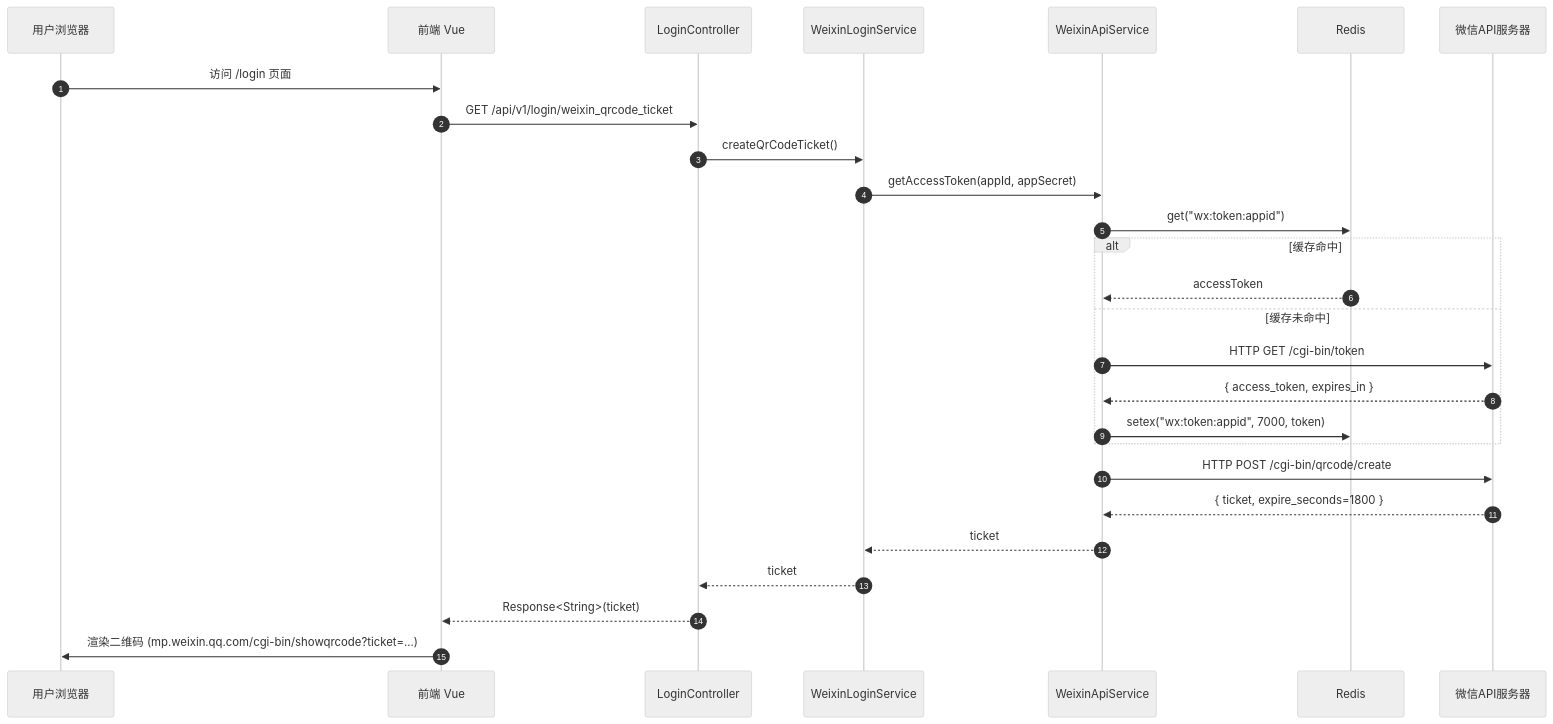
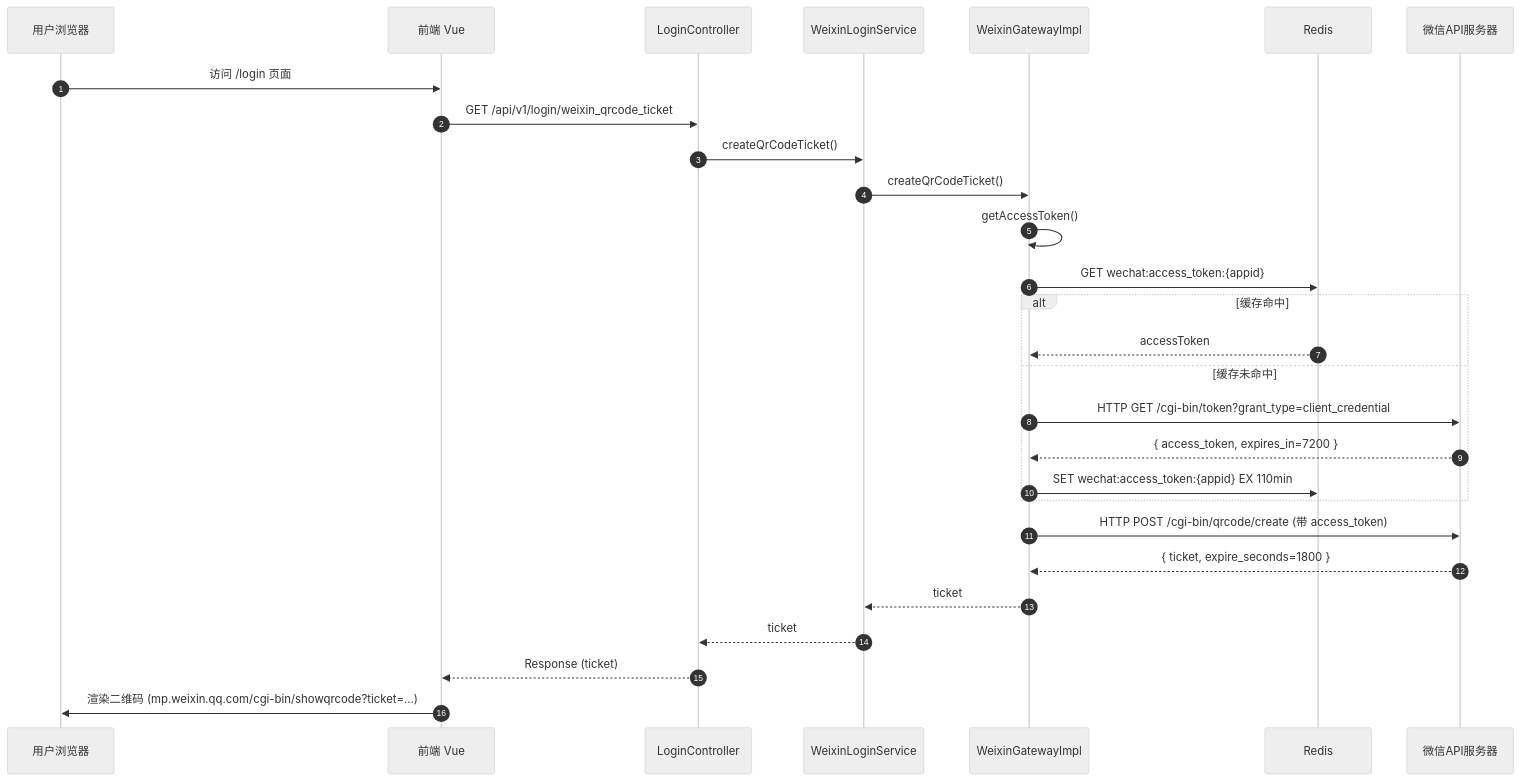
One commit to sxlva/s-pay-mall changed the first of 3 diagrams in docs/design/module-auth.md. Above: the diagram before and after it, drawn with Mermaid (neutral theme). The commit also changed other lines of this file and 9 other files, not shown here.

````diff
--- a/docs/design/module-auth.md
+++ b/docs/design/module-auth.md
@@ -21,30 +21,31 @@
 ```mermaid
 sequenceDiagram
     autonumber
     participant U as 用户浏览器
     participant F as 前端 Vue
     participant C as LoginController
     participant S as WeixinLoginService
-    participant A as WeixinApiService
+    participant W as WeixinGatewayImpl
     participant Redis as Redis
     participant WX as 微信API服务器
 
     U->>F: 访问 /login 页面
     F->>C: GET /api/v1/login/weixin_qrcode_ticket
     C->>S: createQrCodeTicket()
-    S->>A: getAccessToken(appId, appSecret)
-    A->>Redis: get("wx:token:appid")
+    S->>W: createQrCodeTicket()
+    W->>W: getAccessToken()
+    W->>Redis: GET wechat:access_token:{appid}
     alt 缓存命中
-        Redis-->>A: accessToken
+        Redis-->>W: accessToken
     else 缓存未命中
-        A->>WX: HTTP GET /cgi-bin/token
-        WX-->>A: { access_token, expires_in }
-        A->>Redis: setex("wx:token:appid", 7000, token)
+        W->>WX: HTTP GET /cgi-bin/token?grant_type=client_credential
+        WX-->>W: { access_token, expires_in=7200 }
+        W->>Redis: SET wechat:access_token:{appid} EX 110min
     end
-    A->>WX: HTTP POST /cgi-bin/qrcode/create
-    WX-->>A: { ticket, expire_seconds=1800 }
-    A-->>S: ticket
+    W->>WX: HTTP POST /cgi-bin/qrcode/create (带 access_token)
+    WX-->>W: { ticket, expire_seconds=1800 }
+    W-->>S: ticket
     S-->>C: ticket
-    C-->>F: Response<String>(ticket)
-    F->>U: 渲染二维码 (mp.weixin.qq.com/cgi-bin/showqrcode?ticket=...)
+    C-->>F: Response (ticket)
+    F->>U: 渲染二维码 (mp.weixin.qq.com/cgi-bin/showqrcode?ticket=…)
 ```
````
